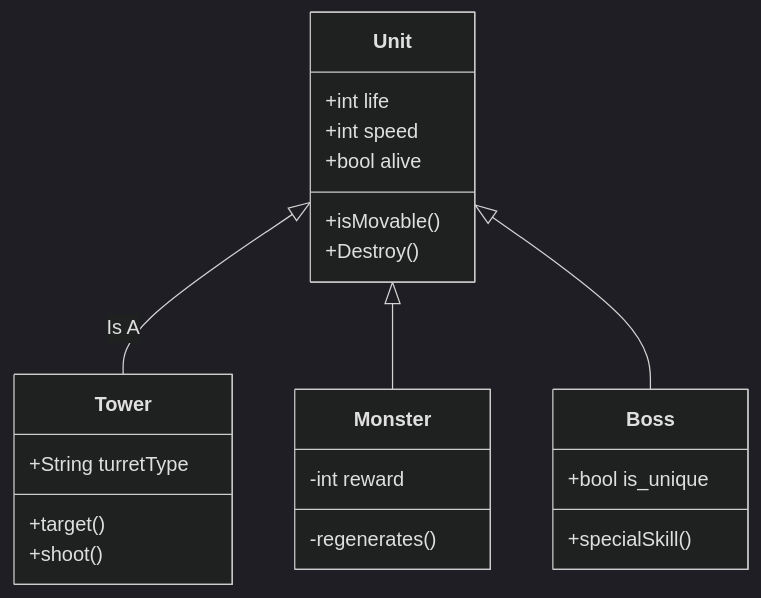
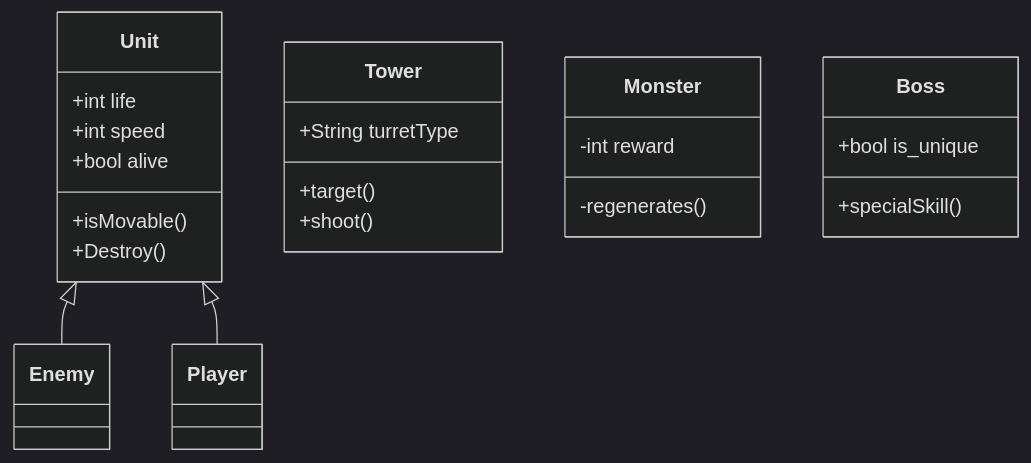
One commit to j5x/PvB2025 changed the second of 2 diagrams in README.md. Above: the diagram before and after it, drawn with Mermaid (dark theme).

````diff
--- a/README.md
+++ b/README.md
@@ -73,25 +73,24 @@
 ```mermaid
 classDiagram
 
-Unit <|-- Tower:Is A
-Unit <|-- Monster
-Unit <|-- Boss
+Unit <|-- Enemy
+Unit <|-- Player
 Unit : +int life
 Unit : +int speed
 Unit : +bool alive
 Unit: +isMovable()
 Unit: +Destroy()
 class Tower{
 +String turretType
 +target()
 +shoot()
 }
 class Monster{
 -int reward
 -regenerates()
 }
 class Boss{
 +bool is_unique
 +specialSkill()
 }
 ```
````
